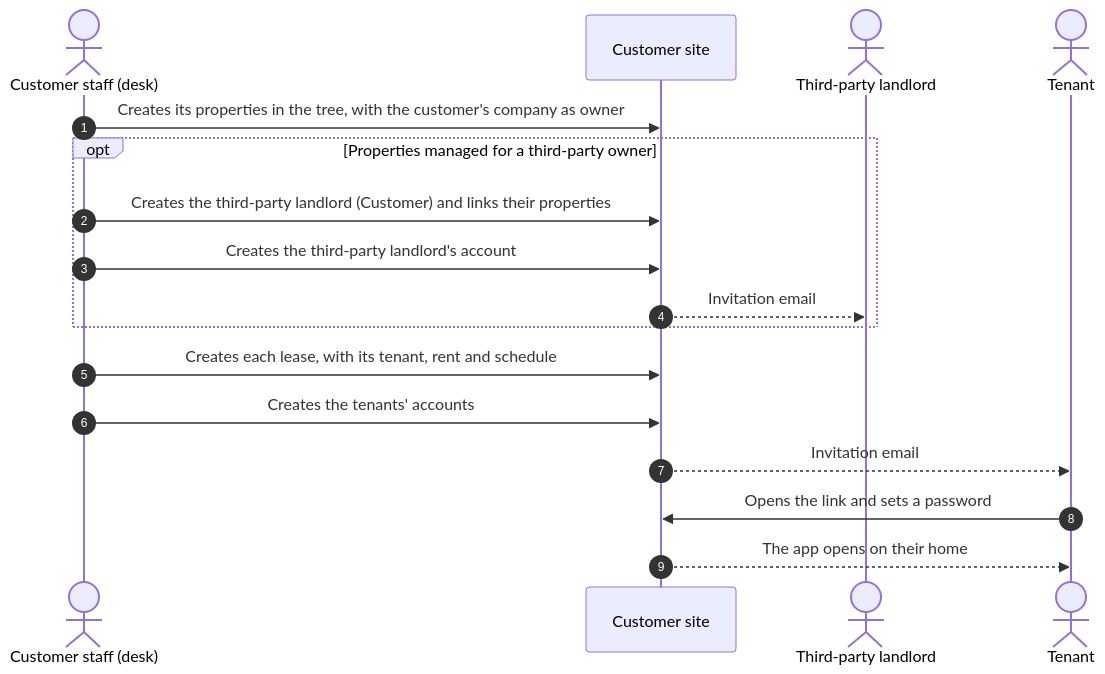
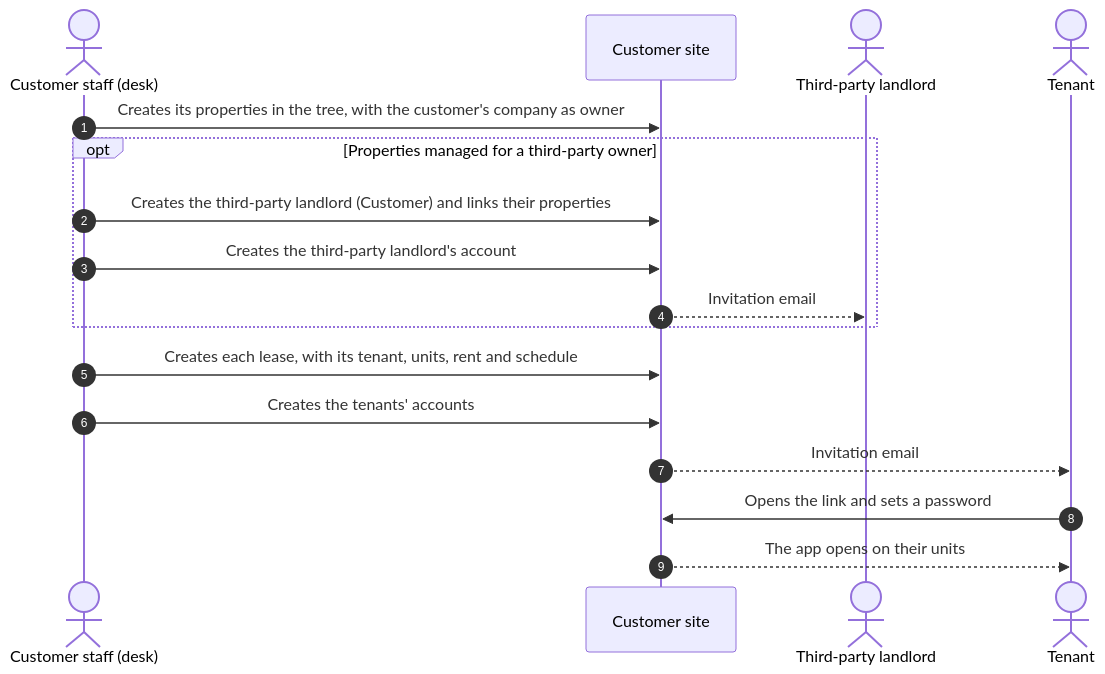
One commit to skyengpro/skyeng_immo changed the second of 7 diagrams in doc/app-usage-flows-immo.md. Above: the diagram before and after it, drawn with Mermaid. The commit also changed other lines of this file and 4 other files, not shown here.

Commit message:
feat: update app usage flows and screens documentation for property management

````diff
--- a/doc/app-usage-flows-immo.md
+++ b/doc/app-usage-flows-immo.md
@@ -56,20 +57,20 @@
 ```mermaid
 sequenceDiagram
     autonumber
     actor G as Customer staff (desk)
     participant D as Customer site
     actor B as Third-party landlord
     actor L as Tenant
 
     G->>D: Creates its properties in the tree, with the customer's company as owner
     opt Properties managed for a third-party owner
         G->>D: Creates the third-party landlord (Customer) and links their properties
         G->>D: Creates the third-party landlord's account
         D-->>B: Invitation email
     end
-    G->>D: Creates each lease, with its tenant, rent and schedule
+    G->>D: Creates each lease, with its tenant, units, rent and schedule
     G->>D: Creates the tenants' accounts
     D-->>L: Invitation email
     L->>D: Opens the link and sets a password
-    D-->>L: The app opens on their home
+    D-->>L: The app opens on their units
 ```
````
